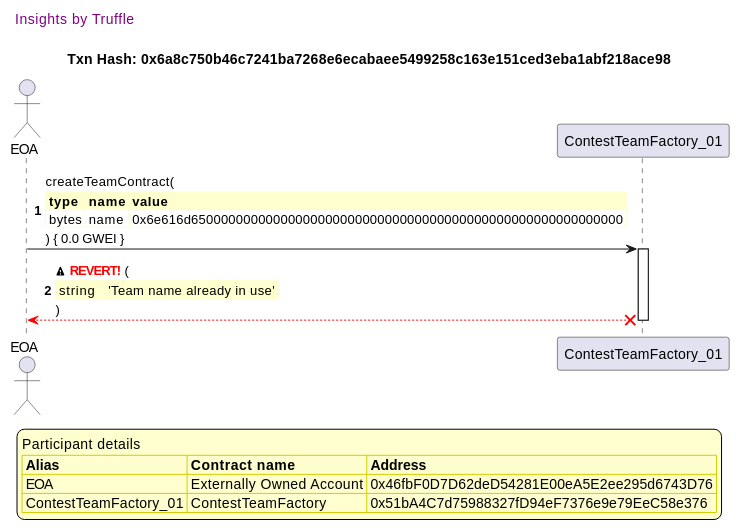
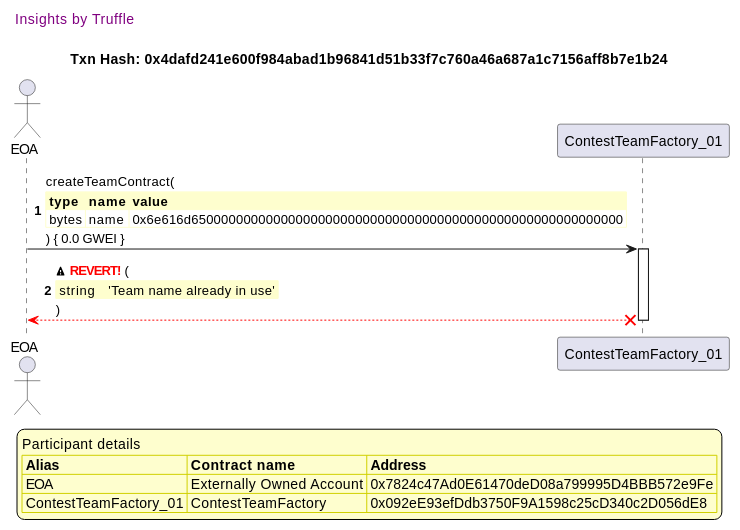
Diagram 11 of 11 in truffle-seq/factory_contestteamfactory.md (fodisi/hackapay), drawn with PlantUML before and after one commit. The commit also changed other lines of this file and 10 other files, not shown here.

````diff
--- a/truffle-seq/factory_contestteamfactory.md
+++ b/truffle-seq/factory_contestteamfactory.md
@@ -521,43 +521,43 @@
 ```plantuml
 
 
 @startuml
 
 autonumber
 skinparam legendBackgroundColor #FEFECE
 
 <style>
       header {
         HorizontalAlignment left
         FontColor purple
         FontSize 14
         Padding 10
       }
     </style>
 
 header Insights by Truffle
 
-title Txn Hash: 0x6a8c750b46c7241ba7268e6ecabaee5499258c163e151ced3eba1abf218ace98
+title Txn Hash: 0x4dafd241e600f984abad1b96841d51b33f7c760a46a687a1c7156aff8b7e1b24
 
 
 actor EOA as "EOA"
 participant ContestTeamFactory_01 as "ContestTeamFactory_01"
 
 "EOA" -> "ContestTeamFactory_01" ++: createTeamContract(\n\
 <#FEFECE,#FEFECE>|= type |= name |= value |\n\
 | bytes | name | 0x6e616d6500000000000000000000000000000000000000000000000000000000 |\n\
 ) { 0.0 GWEI }
 "ContestTeamFactory_01" x-[#red]-> "EOA" --: <&warning> <color #red>**REVERT!**</color> (\n\
 <#FEFECE,#FEFECE>| string |  | 'Team name already in use' |\n\
 )
 deactivate "ContestTeamFactory_01"
 
 legend
 Participant details
 <#FEFECE,#D0D000>|= Alias |= Contract name |= Address |
-<#FEFECE>| EOA | Externally Owned Account | 0x46fbF0D7D62deD54281E00eA5E2ee295d6743D76 |
-<#FEFECE>| ContestTeamFactory_01 | ContestTeamFactory | 0x51bA4C7d75988327fD94eF7376e9e79EeC58e376 |
+<#FEFECE>| EOA | Externally Owned Account | 0x7824c47Ad0E61470deD08a799995D4BBB572e9Fe |
+<#FEFECE>| ContestTeamFactory_01 | ContestTeamFactory | 0x092eE93efDdb3750F9A1598c25cD340c2D056dE8 |
 endlegend
 
 @enduml
 ```
````
